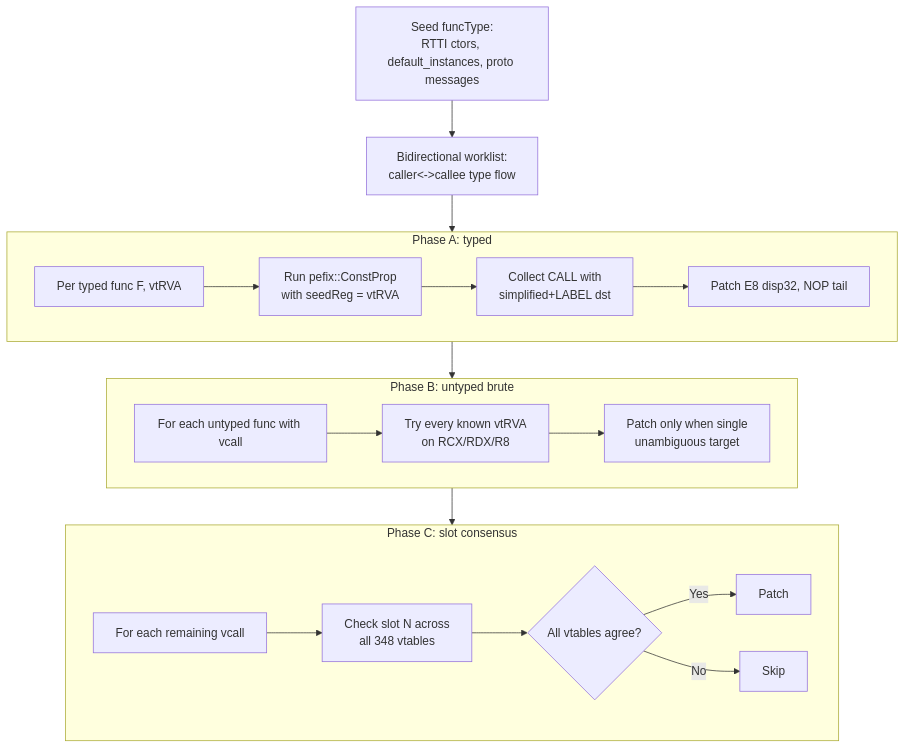
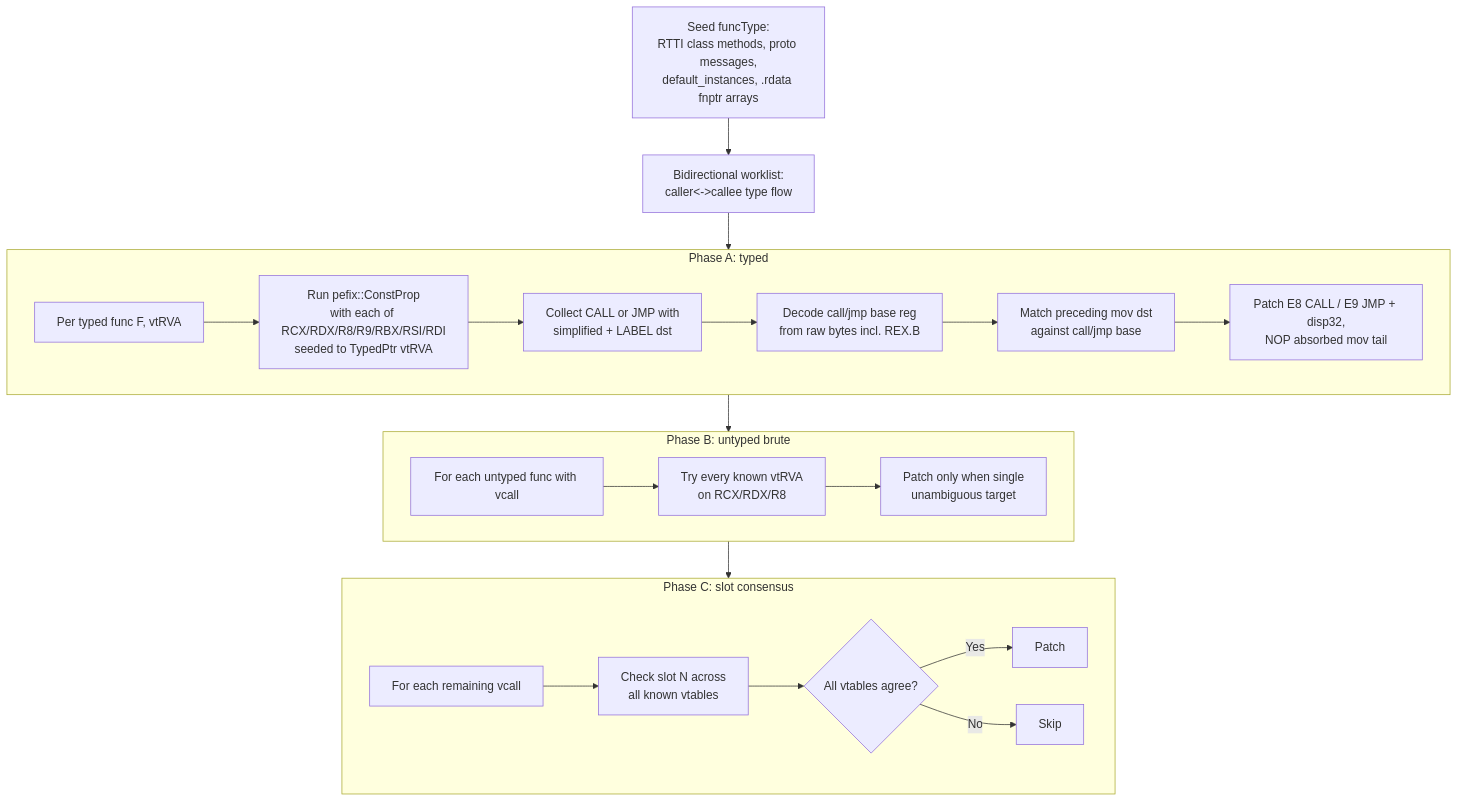
One commit to hajunwon/libvgc changed the sixth of 6 diagrams in ALGORITHMS.md. Above: the diagram before and after it, drawn with Mermaid. The commit also changed other lines of this file and 1 other file, not shown here.

````diff
--- a/ALGORITHMS.md
+++ b/ALGORITHMS.md
@@ -92,25 +93,27 @@
 ```mermaid
 flowchart TD
-    SEED[Seed funcType:<br/>RTTI ctors, default_instances, proto messages] --> PROP
+    SEED[Seed funcType:<br/>RTTI class methods, proto messages,<br/>default_instances, .rdata fnptr arrays] --> PROP
     PROP[Bidirectional worklist:<br/>caller<->callee type flow] --> PA
 
     subgraph PA[Phase A: typed]
-        PA1[Per typed func F, vtRVA] --> PA2[Run pefix::ConstProp<br/>with seedReg = vtRVA]
-        PA2 --> PA3[Collect CALL with<br/>simplified+LABEL dst]
-        PA3 --> PA4[Patch E8 disp32, NOP tail]
+        PA1[Per typed func F, vtRVA] --> PA2[Run pefix::ConstProp<br/>with each of RCX/RDX/R8/R9/RBX/RSI/RDI<br/>seeded to TypedPtr vtRVA]
+        PA2 --> PA3[Collect CALL or JMP with<br/>simplified + LABEL dst]
+        PA3 --> PA4[Decode call/jmp base reg<br/>from raw bytes incl. REX.B]
+        PA4 --> PA5[Match preceding mov dst<br/>against call/jmp base]
+        PA5 --> PA6[Patch E8 CALL / E9 JMP + disp32,<br/>NOP absorbed mov tail]
     end
 
     PA --> PB
     subgraph PB[Phase B: untyped brute]
         PB1[For each untyped func with vcall] --> PB2[Try every known vtRVA<br/>on RCX/RDX/R8]
         PB2 --> PB3[Patch only when single<br/>unambiguous target]
     end
 
     PB --> PC
     subgraph PC[Phase C: slot consensus]
-        PC1[For each remaining vcall] --> PC2[Check slot N across<br/>all 348 vtables]
+        PC1[For each remaining vcall] --> PC2[Check slot N across<br/>all known vtables]
         PC2 --> PC3{All vtables agree?}
         PC3 -->|Yes| PC4[Patch]
         PC3 -->|No| PC5[Skip]
     end
 ```
````
